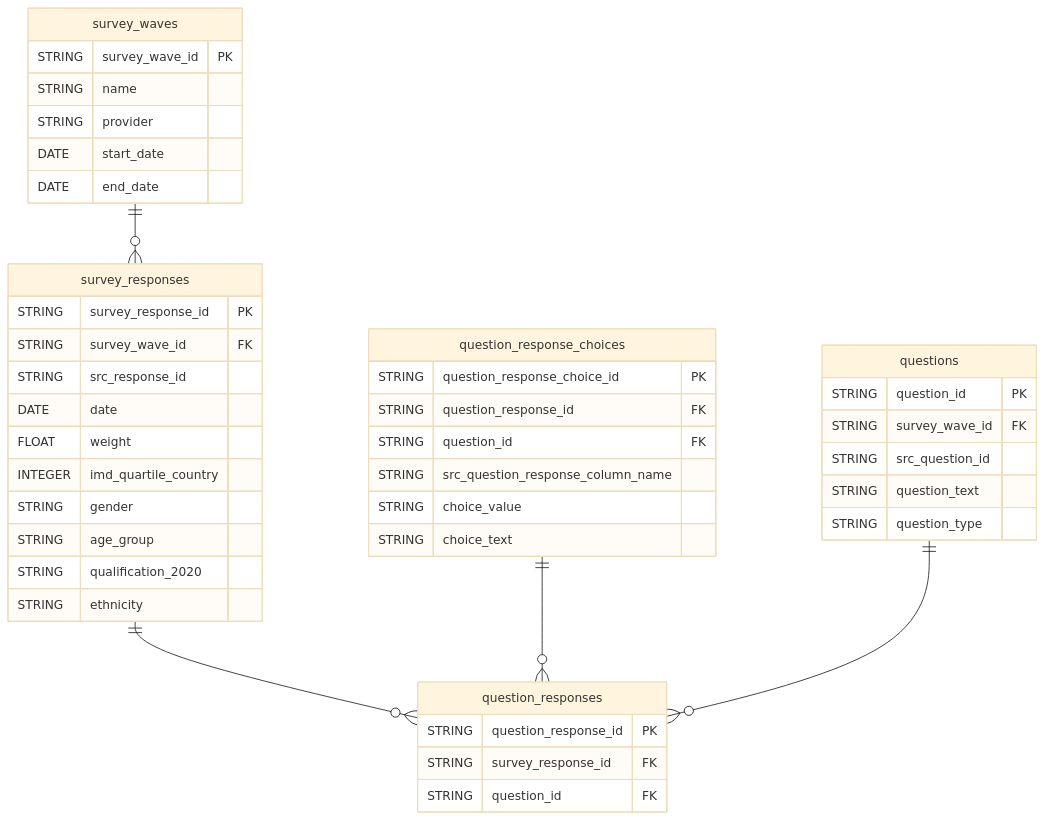
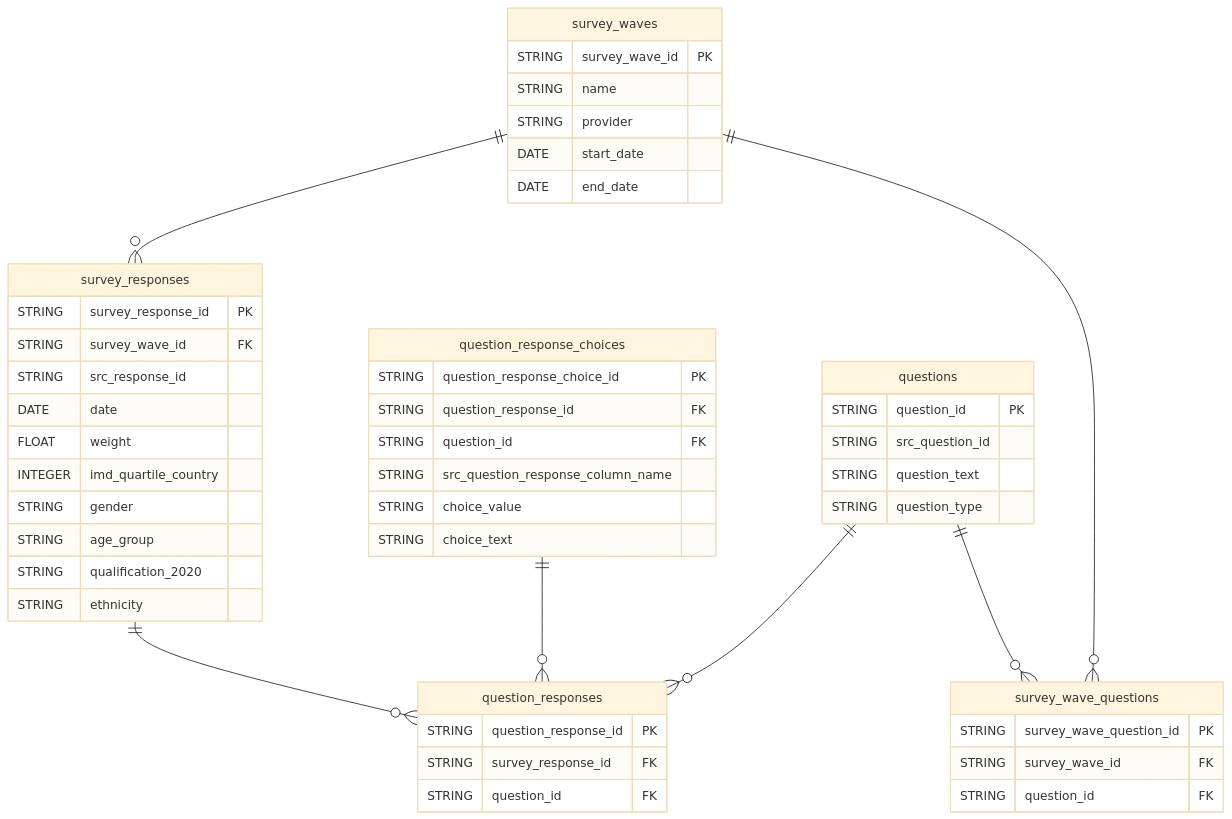
One commit to alphagov/govuk-polling-dataform changed the diagram in README.md. Above: the diagram before and after it, drawn with Mermaid (base theme). The commit also changed 6 other files, not shown here.

Commit message:
update survey_waves_questions data model

````diff
--- a/README.md
+++ b/README.md
@@ -13,51 +13,58 @@
 ```mermaid
 erDiagram
     survey_waves {
         STRING survey_wave_id PK
         STRING name
         STRING provider
         DATE start_date
         DATE end_date
     }
 
     survey_responses {
         STRING survey_response_id PK
         STRING survey_wave_id FK
         STRING src_response_id
         DATE date
         FLOAT weight
         INTEGER imd_quartile_country
         STRING gender
         STRING age_group
         STRING qualification_2020
         STRING ethnicity
     }
 
     question_responses {
         STRING question_response_id PK
         STRING survey_response_id FK
         STRING question_id FK
     }
 
     questions {
         STRING question_id PK
-        STRING survey_wave_id FK
         STRING src_question_id
         STRING question_text
         STRING question_type
     }
 
     question_response_choices {
         STRING question_response_choice_id PK
         STRING question_response_id FK
         STRING question_id FK
         STRING src_question_response_column_name
         STRING choice_value
         STRING choice_text
     }
 
+    survey_wave_questions {
+        STRING survey_wave_question_id PK
+        STRING survey_wave_id FK
+        STRING question_id FK
+    }
+
     survey_waves ||--o{ survey_responses : ""
     survey_responses ||--o{ question_responses : ""
     question_response_choices ||--o{ question_responses : ""
     questions ||--o{ question_responses : ""
+    questions ||--o{ survey_wave_questions : ""
+    survey_waves ||--o{ survey_wave_questions : ""
 ```
````
